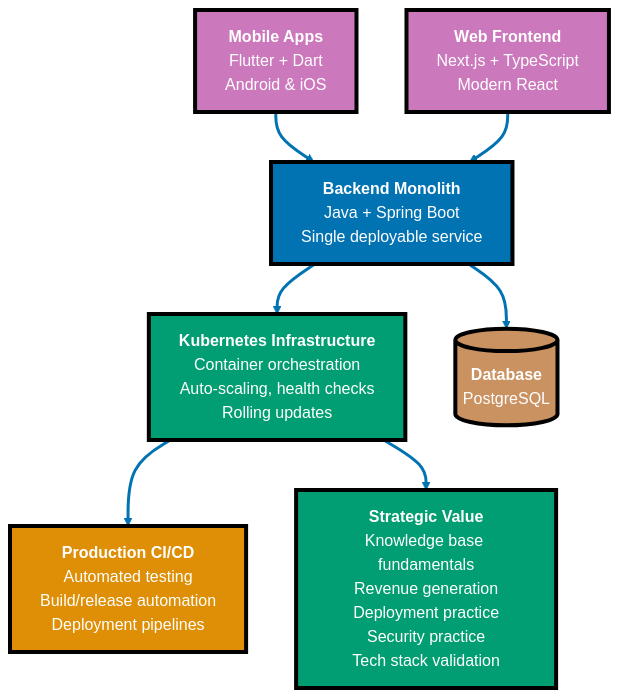
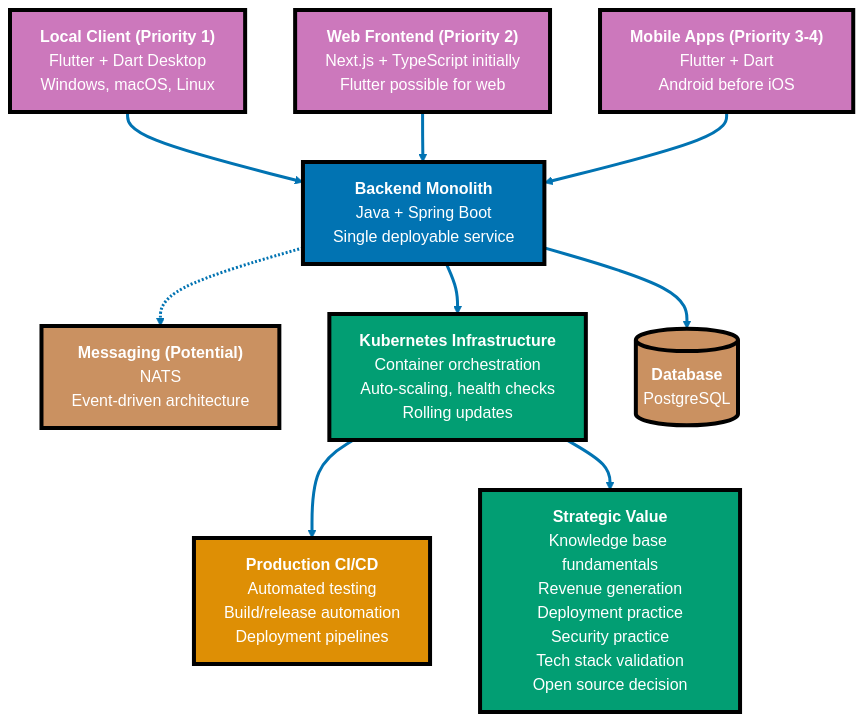
The fifth of 5 diagrams in apps/ose-platform-web/content/updates/2026-02-08-phase-0-end-of-phase-0.md (wahidyankf/open-sharia-enterprise), drawn with Mermaid before and after one commit. The commit also changed other lines of this file, not shown here.

First line of the commit message:
feat(ose-platform-web): refine Phase 1 strategy and priorities in Phase 0 blog

````diff
--- a/apps/ose-platform-web/content/updates/2026-02-08-phase-0-end-of-phase-0.md
+++ b/apps/ose-platform-web/content/updates/2026-02-08-phase-0-end-of-phase-0.md
@@ -262,35 +266,40 @@
 ```mermaid
 %%{init: {'theme':'base', 'themeVariables': { 'primaryColor':'#0173B2','primaryTextColor':'#fff','primaryBorderColor':'#000','lineColor':'#0173B2','edgeLabelBackground':'#ffffff'}}}%%
 %% Color Palette: Blue #0173B2, Orange #DE8F05, Teal #029E73, Purple #CC78BC, Brown #CA9161
 %% Phase 1 Organic Lever Tech Stack
 
 graph TB
-    Mobile["<b>Mobile Apps</b><br/>Flutter + Dart<br/>Android & iOS"]:::purple
-    Web["<b>Web Frontend</b><br/>Next.js + TypeScript<br/>Modern React"]:::purple
+    Local["<b>Local Client #40;Priority 1#41;</b><br/>Flutter + Dart Desktop<br/>Windows, macOS, Linux"]:::purple
+    Web["<b>Web Frontend #40;Priority 2#41;</b><br/>Next.js + TypeScript initially<br/>Flutter possible for web"]:::purple
+    Mobile["<b>Mobile Apps #40;Priority 3-4#41;</b><br/>Flutter + Dart<br/>Android before iOS"]:::purple
 
     Backend["<b>Backend Monolith</b><br/>Java + Spring Boot<br/>Single deployable service"]:::blue
+
+    NATS["<b>Messaging #40;Potential#41;</b><br/>NATS<br/>Event-driven architecture"]:::brown
 
     K8s["<b>Kubernetes Infrastructure</b><br/>Container orchestration<br/>Auto-scaling, health checks<br/>Rolling updates"]:::teal
 
     CICD["<b>Production CI/CD</b><br/>Automated testing<br/>Build/release automation<br/>Deployment pipelines"]:::orange
 
     DB[("<b>Database</b><br/>PostgreSQL")]:::brown
 
+    Local ==> Backend
+    Web ==> Backend
     Mobile ==> Backend
-    Web ==> Backend
     Backend ==> DB
+    Backend -.-> NATS
     Backend ==> K8s
     K8s ==> CICD
 
-    Strategic["<b>Strategic Value</b><br/>Knowledge base fundamentals<br/>Revenue generation<br/>Deployment practice<br/>Security practice<br/>Tech stack validation"]:::teal
+    Strategic["<b>Strategic Value</b><br/>Knowledge base fundamentals<br/>Revenue generation<br/>Deployment practice<br/>Security practice<br/>Tech stack validation<br/>Open source decision"]:::teal
 
     K8s ==> Strategic
 
     classDef blue fill:#0173B2,stroke:#000000,color:#FFFFFF,stroke-width:4px
     classDef orange fill:#DE8F05,stroke:#000000,color:#FFFFFF,stroke-width:4px
     classDef teal fill:#029E73,stroke:#000000,color:#FFFFFF,stroke-width:4px
     classDef purple fill:#CC78BC,stroke:#000000,color:#FFFFFF,stroke-width:4px
     classDef brown fill:#CA9161,stroke:#000000,color:#FFFFFF,stroke-width:4px
 
     linkStyle default stroke:#0173B2,stroke-width:3px
 ```
````
